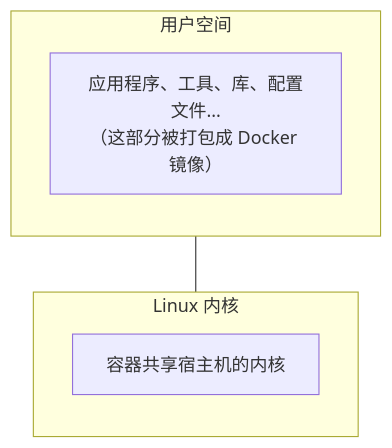
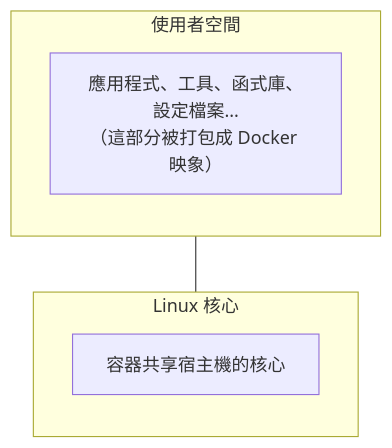
Before and after one commit to doggy8088/docker_practice: the first of 3 diagrams in 02_basic_concept/2.1_image.md, drawn with Mermaid. The commit also changed other lines of this file and 211 other files, not shown here.

````diff
--- a/02_basic_concept/2.1_image.md
+++ b/02_basic_concept/2.1_image.md
@@ -15,14 +15,14 @@
 ```mermaid
 flowchart TD
-    subgraph UserSpace ["用户空间"]
+    subgraph UserSpace ["使用者空間"]
         direction TB
-        App["应用程序、工具、库、配置文件...<br/>（这部分被打包成 Docker 镜像）"]
+        App["應用程式、工具、函式庫、設定檔案...<br/>（這部分被打包成 Docker 映象）"]
     end
 
-    subgraph KernelSpace ["Linux 内核"]
+    subgraph KernelSpace ["Linux 核心"]
         direction TB
-        Kernel["容器共享宿主机的内核"]
+        Kernel["容器共享宿主機的核心"]
     end
 
     UserSpace --- KernelSpace
 ```
````
